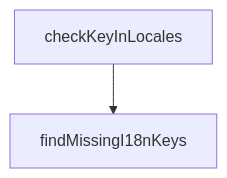
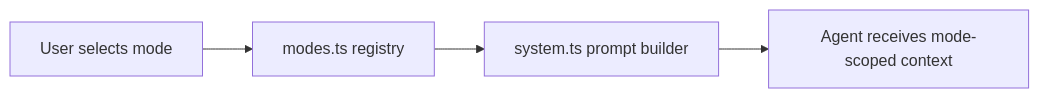
The second of 2 diagrams in tutorials/roo-code-tutorial/02-modes-and-task-design.md (johnxie/awesome-code-docs), drawn with Mermaid before and after one commit. The commit also changed other lines of this file and 1232 other files, not shown here.

````diff
--- a/tutorials/roo-code-tutorial/02-modes-and-task-design.md
+++ b/tutorials/roo-code-tutorial/02-modes-and-task-design.md
@@ -202,6 +127,6 @@
 ```mermaid
-flowchart TD
-    A[checkKeyInLocales]
-    B[findMissingI18nKeys]
-    A --> B
+flowchart LR
+    A[User selects mode] --> B[modes.ts registry]
+    B --> C[system.ts prompt builder]
+    C --> D[Agent receives mode-scoped context]
 ```
````
